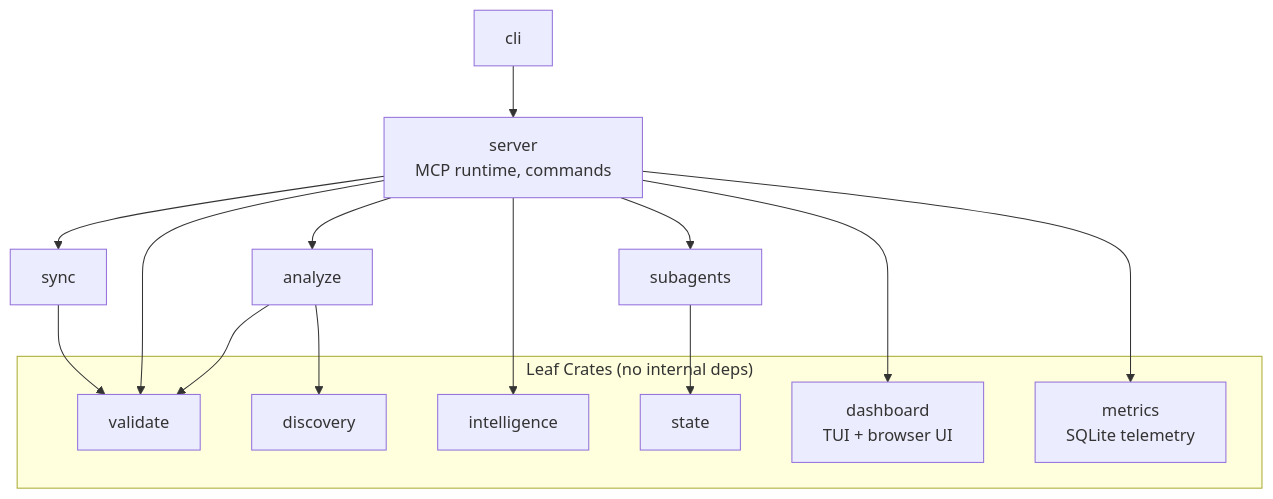
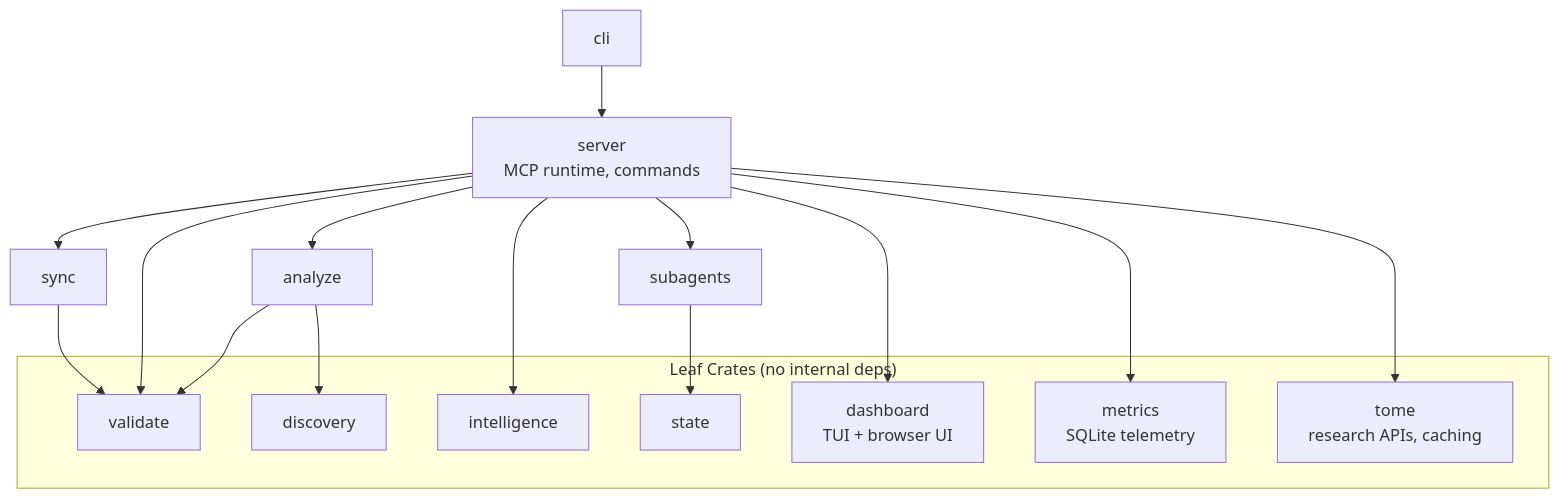
The second of 2 diagrams in docs/architecture.md (athola/skrills), drawn with Mermaid before and after one commit. The commit also changed other lines of this file and 22 other files, not shown here.

````diff
--- a/docs/architecture.md
+++ b/docs/architecture.md
@@ -22,24 +22,26 @@
 ```mermaid
 graph TD
     cli[cli] --> server[server<br/>MCP runtime, commands]
     server --> sync[sync]
     server --> validate[validate]
     server --> analyze[analyze]
     server --> intelligence[intelligence]
     server --> subagents[subagents]
     server --> dashboard[dashboard<br/>TUI + browser UI]
     server --> metrics[metrics<br/>SQLite telemetry]
+    server --> tome[tome<br/>research APIs, caching]
     sync --> validate
     analyze --> validate
     analyze --> discovery
     subagents --> state[state]
 
     subgraph leaf["Leaf Crates (no internal deps)"]
         discovery[discovery]
         intelligence
         state
         validate
         metrics
         dashboard
+        tome
     end
 ```
````
